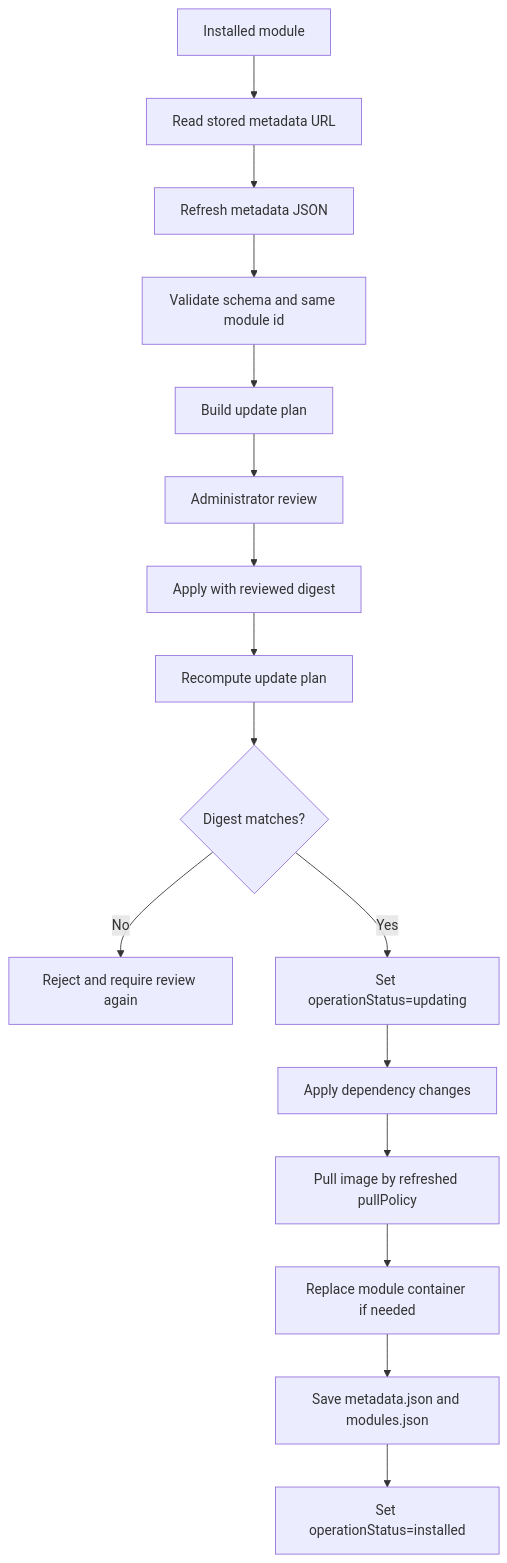
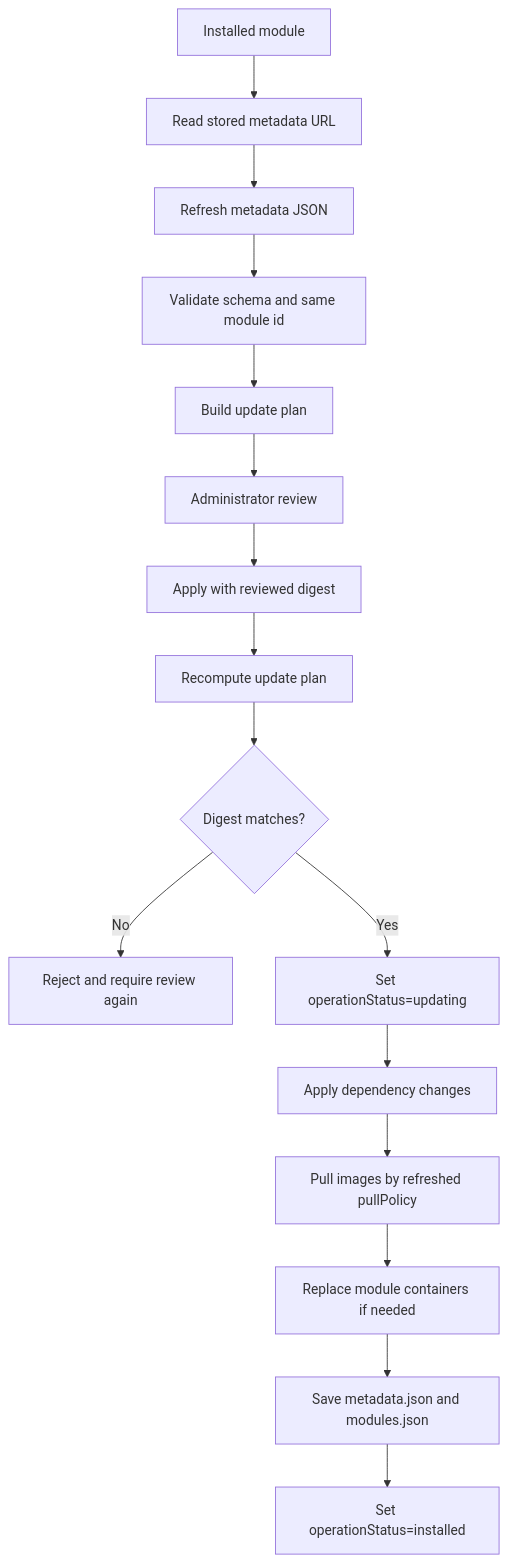
Before and after one commit to alex-de-haas/docker-host: the diagram in docs/features/module-update.md, drawn with Mermaid. The commit also changed other lines of this file and 46 other files, not shown here.

Commit message:
Implement multi-container module phase 1

````diff
--- a/docs/features/module-update.md
+++ b/docs/features/module-update.md
@@ -63,18 +63,18 @@
 ```mermaid
 flowchart TD
   A["Installed module"] --> B["Read stored metadata URL"]
   B --> C["Refresh metadata JSON"]
   C --> D["Validate schema and same module id"]
   D --> E["Build update plan"]
   E --> F["Administrator review"]
   F --> G["Apply with reviewed digest"]
   G --> H["Recompute update plan"]
   H --> I{"Digest matches?"}
   I -- "No" --> J["Reject and require review again"]
   I -- "Yes" --> K["Set operationStatus=updating"]
   K --> L["Apply dependency changes"]
-  L --> M["Pull image by refreshed pullPolicy"]
-  M --> N["Replace module container if needed"]
+  L --> M["Pull images by refreshed pullPolicy"]
+  M --> N["Replace module containers if needed"]
   N --> O["Save metadata.json and modules.json"]
   O --> P["Set operationStatus=installed"]
 ```
````
